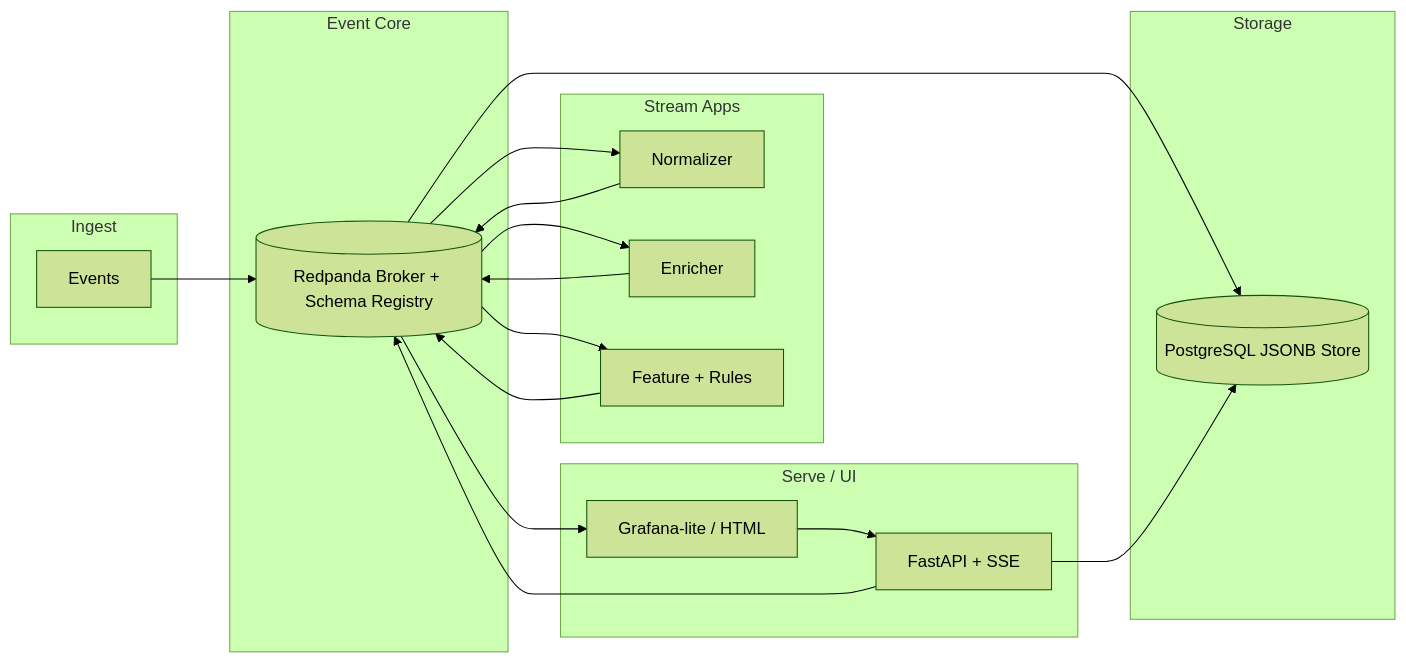
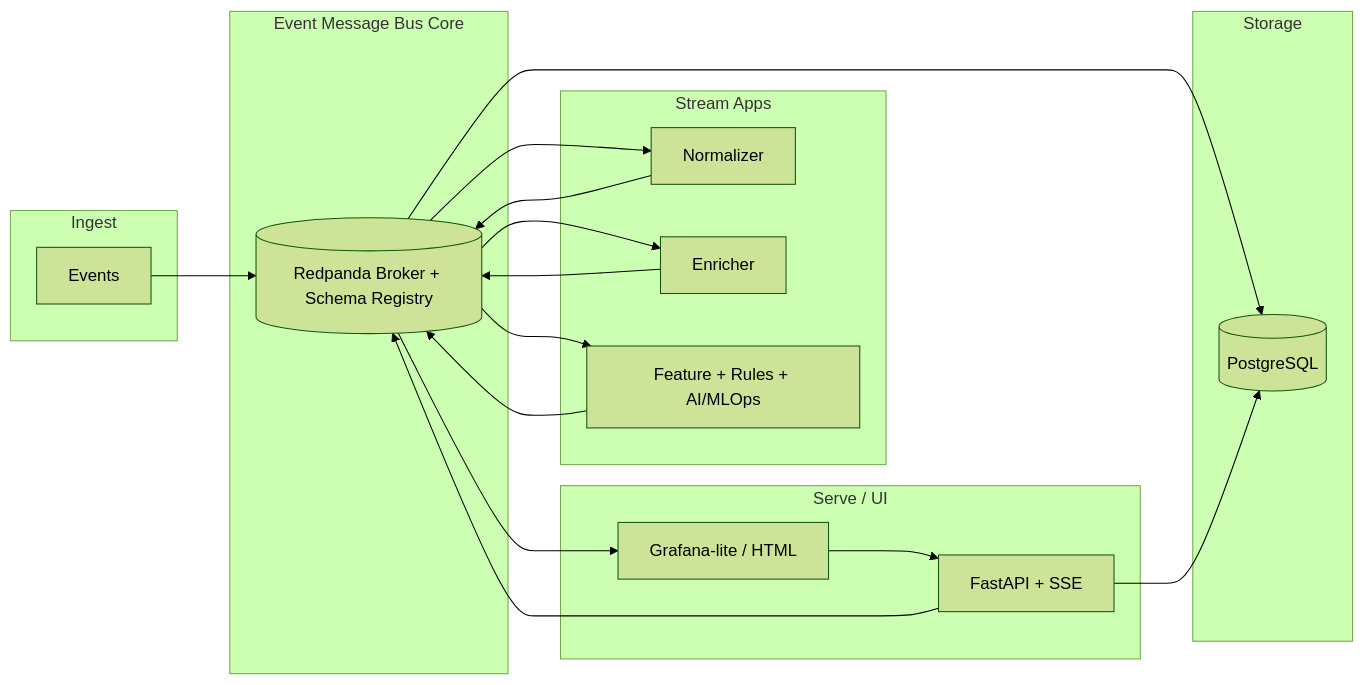
Before and after one commit to lILogit/Observio: the diagram in README.md, drawn with Mermaid (forest theme).

`````diff
--- a/README.md
+++ b/README.md
@@ -23,35 +23,35 @@
 ```mermaid
 flowchart LR
   subgraph Ingest
     Agent["Events"]
   end
 
-  subgraph Core["Event Core"]
+  subgraph Core["Event Message Bus Core"]
     Bus[(Redpanda Broker + Schema Registry)]
   end
 
   subgraph Stream["Stream Apps"]
     Norm[Normalizer]
     Enr[Enricher]
-    Feat[Feature + Rules]
+    Feat[Feature + Rules + AI/MLOps]
   end
 
   subgraph Storage
-    PG[(PostgreSQL JSONB Store)]
+    PG[(PostgreSQL)]
   end
 
   subgraph Serve["Serve / UI"]
     API[FastAPI + SSE]
     UI[Grafana-lite / HTML]
   end
 
   Agent --> Bus
   Bus --> Norm --> Bus
   Bus --> Enr --> Bus
   Bus --> Feat --> Bus
   Bus --> PG
   API --> PG
   API --> Bus
   Bus --> UI
   UI --> API
 ````
`````
